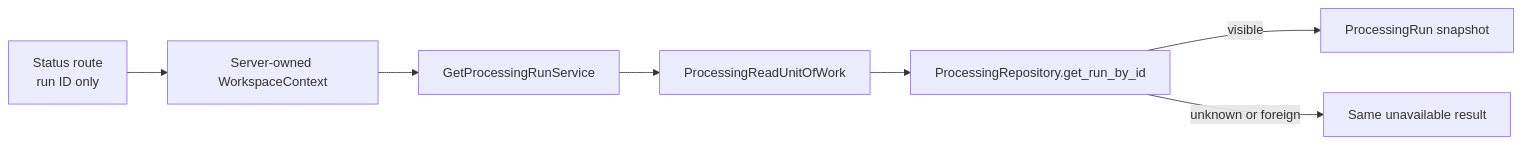
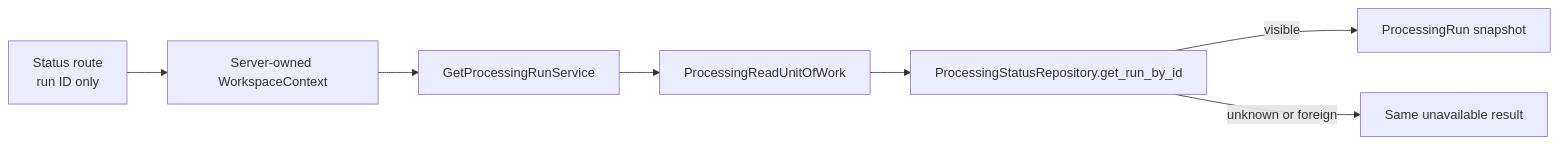
One commit to rnkraus/investment-research changed the seventh of 10 diagrams in backend/src/investment_research/modules/processing/README.md. Above: the diagram before and after it, drawn with Mermaid. The commit also changed other lines of this file and 6 other files, not shown here.

First line of the commit message:
feat(processing): add bounded batch status reads

````diff
--- a/backend/src/investment_research/modules/processing/README.md
+++ b/backend/src/investment_research/modules/processing/README.md
@@ -212,9 +212,9 @@
 ```mermaid
 flowchart LR
     API[Status route<br/>run ID only] --> CONTEXT[Server-owned WorkspaceContext]
     CONTEXT --> SERVICE[GetProcessingRunService]
     SERVICE --> READ[ProcessingReadUnitOfWork]
-    READ --> REPOSITORY[ProcessingRepository.get_run_by_id]
+    READ --> REPOSITORY[ProcessingStatusRepository.get_run_by_id]
     REPOSITORY -->|visible| RUN[ProcessingRun snapshot]
     REPOSITORY -->|unknown or foreign| MISSING[Same unavailable result]
 ```
````
